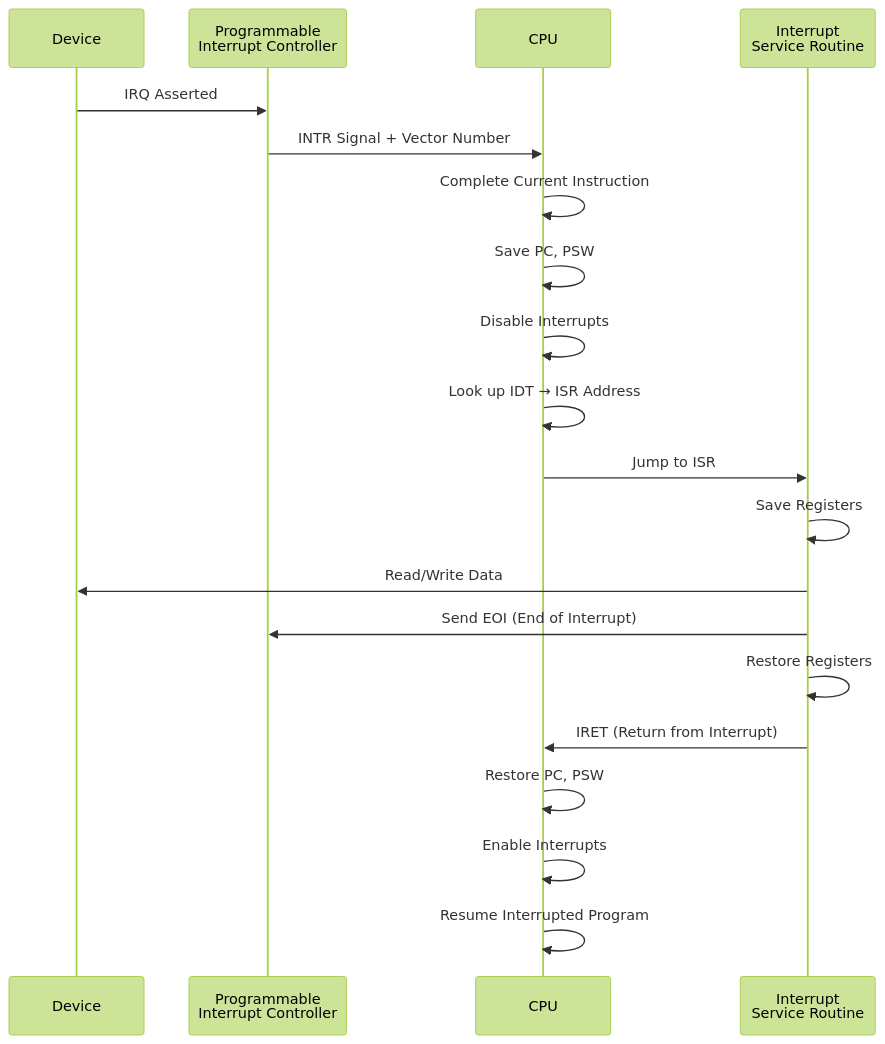
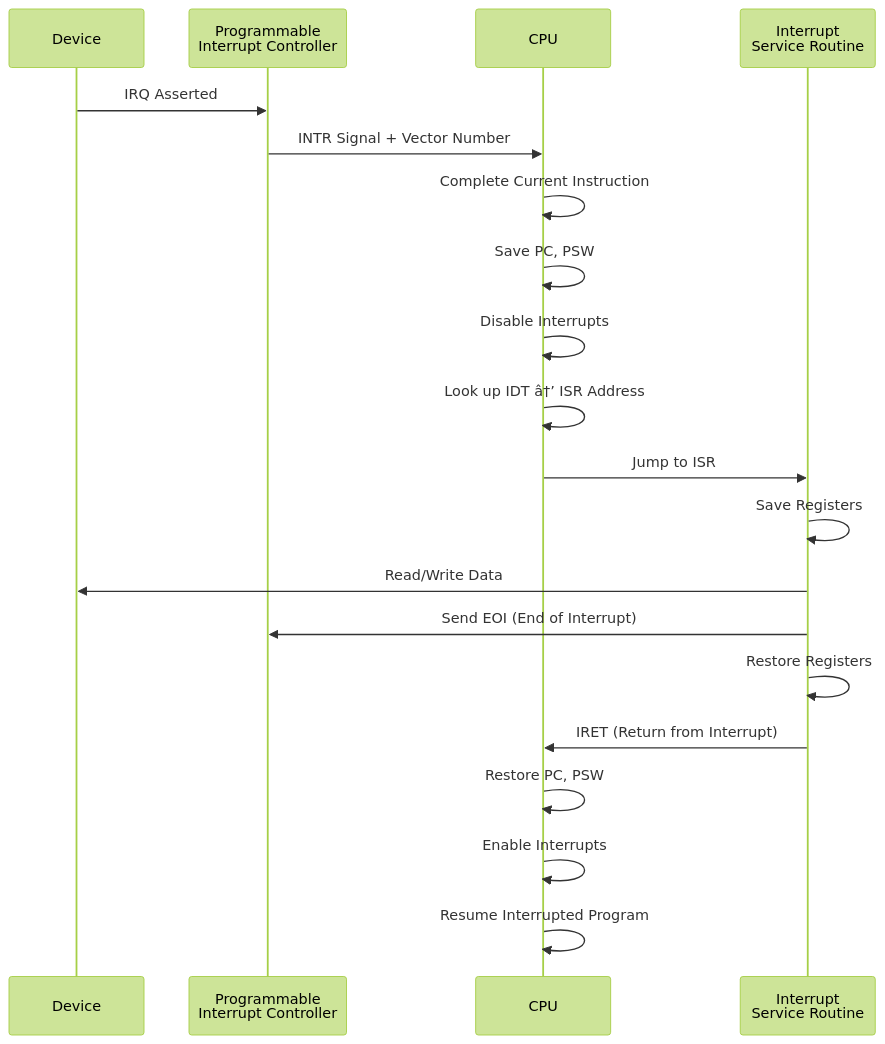
The second of 9 diagrams in docs/courses/computer-architecture/05-io-organization.md (Raushan666java/ai-engineering-journey), drawn with Mermaid (forest theme) before and after one commit. The commit also changed other lines of this file and 735 other files, not shown here.

````diff
--- a/docs/courses/computer-architecture/05-io-organization.md
+++ b/docs/courses/computer-architecture/05-io-organization.md
@@ -447,22 +447,22 @@
 ```mermaid
 sequenceDiagram
     participant Device
     participant PIC as Programmable<br/>Interrupt Controller
     participant CPU
     participant ISR as Interrupt<br/>Service Routine
     Device->>PIC: IRQ Asserted
     PIC->>CPU: INTR Signal + Vector Number
     CPU->>CPU: Complete Current Instruction
     CPU->>CPU: Save PC, PSW
     CPU->>CPU: Disable Interrupts
-    CPU->>CPU: Look up IDT → ISR Address
+    CPU->>CPU: Look up IDT â†’ ISR Address
     CPU->>ISR: Jump to ISR
     ISR->>ISR: Save Registers
     ISR->>Device: Read/Write Data
     ISR->>PIC: Send EOI (End of Interrupt)
     ISR->>ISR: Restore Registers
     ISR->>CPU: IRET (Return from Interrupt)
     CPU->>CPU: Restore PC, PSW
     CPU->>CPU: Enable Interrupts
     CPU->>CPU: Resume Interrupted Program
 ```
````
